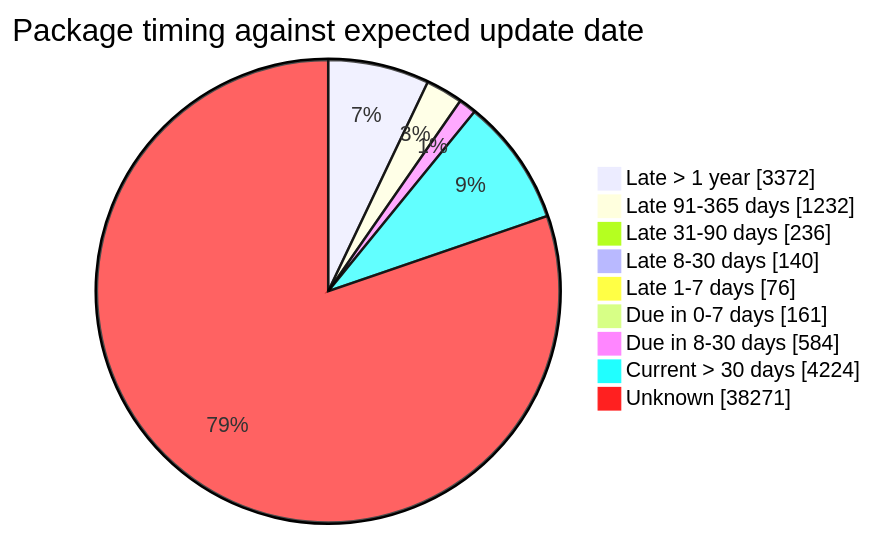
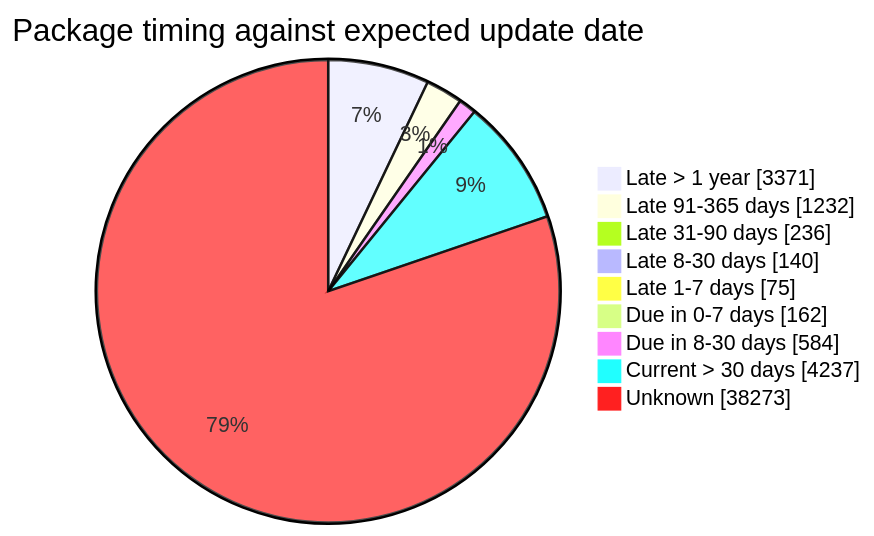
Before and after one commit to open-data/analytics-corporate-reporting: the fourth of 5 diagrams in FreshCheck/README.md, drawn with Mermaid. The commit also changed other lines of this file and 3 other files, not shown here.

````diff
--- a/FreshCheck/README.md
+++ b/FreshCheck/README.md
@@ -86,12 +86,12 @@
 ```mermaid
 pie showData title Package timing against expected update date
-    "Late > 1 year": 3372
+    "Late > 1 year": 3371
     "Late 91-365 days": 1232
     "Late 31-90 days": 236
     "Late 8-30 days": 140
-    "Late 1-7 days": 76
-    "Due in 0-7 days": 161
+    "Late 1-7 days": 75
+    "Due in 0-7 days": 162
     "Due in 8-30 days": 584
-    "Current > 30 days": 4224
-    "Unknown": 38271
+    "Current > 30 days": 4237
+    "Unknown": 38273
 ```
````
